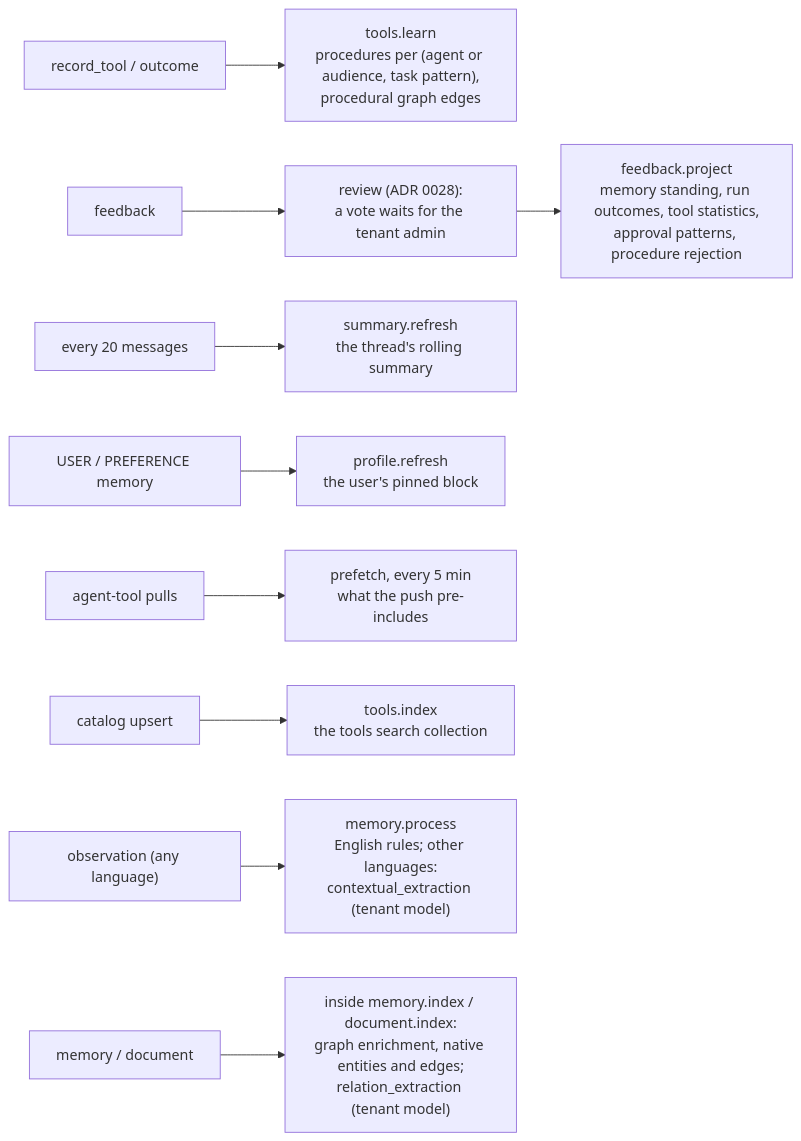
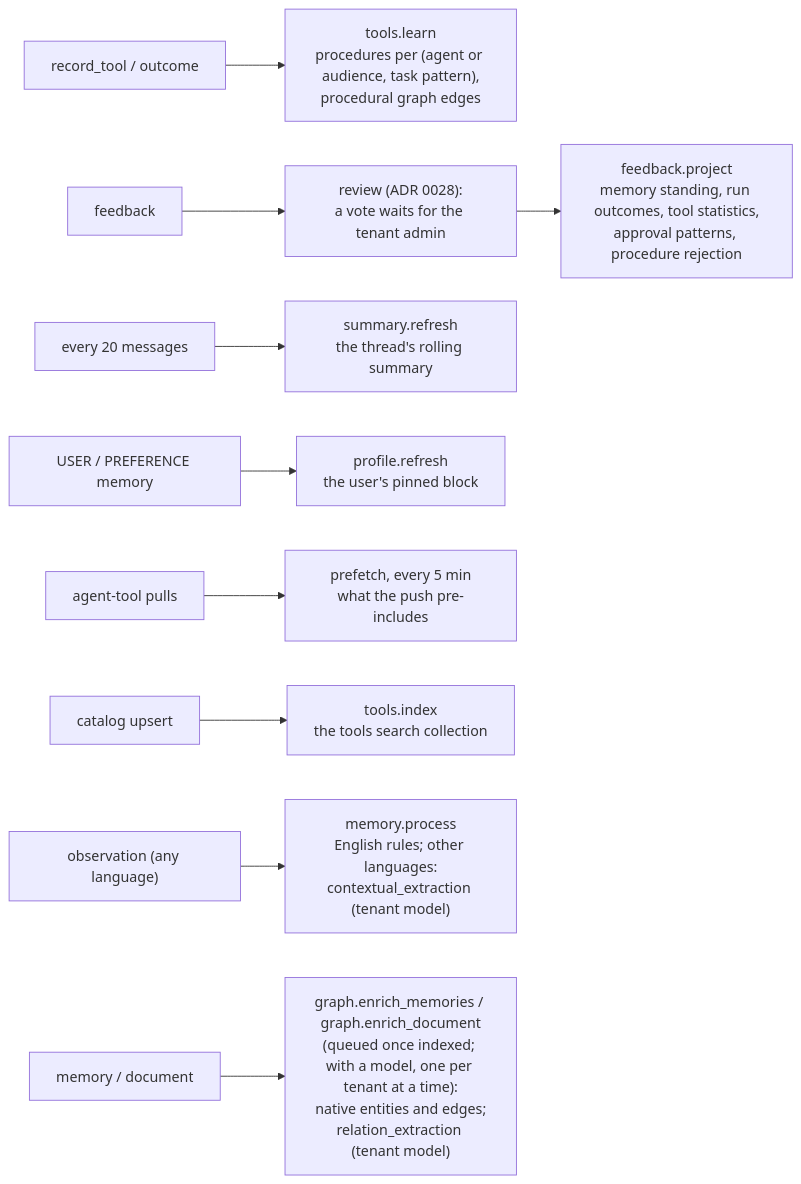
One commit to amitmohapatra/agent-memory-service changed the eighth of 10 diagrams in docs/ARCHITECTURE.md. Above: the diagram before and after it, drawn with Mermaid. The commit also changed 32 other files, not shown here.

````diff
--- a/docs/ARCHITECTURE.md
+++ b/docs/ARCHITECTURE.md
@@ -213,11 +213,11 @@
 ```mermaid
 flowchart LR
   rt["record_tool / outcome"] --> tl["tools.learn<br/>procedures per (agent or audience, task pattern),<br/>procedural graph edges"]
   fb[feedback] --> rv["review (ADR 0028):<br/>a vote waits for the tenant admin"] --> fp["feedback.project<br/>memory standing, run outcomes, tool statistics,<br/>approval patterns, procedure rejection"]
   msg["every 20 messages"] --> sr["summary.refresh<br/>the thread's rolling summary"]
   up["USER / PREFERENCE memory"] --> pr["profile.refresh<br/>the user's pinned block"]
   pulls["agent-tool pulls"] --> pf["prefetch, every 5 min<br/>what the push pre-includes"]
   cat["catalog upsert"] --> ti["tools.index<br/>the tools search collection"]
   obs["observation (any language)"] --> mp["memory.process<br/>English rules; other languages:<br/>contextual_extraction (tenant model)"]
-  md["memory / document"] --> ge["inside memory.index / document.index:<br/>graph enrichment, native entities and edges;<br/>relation_extraction (tenant model)"]
+  md["memory / document"] --> ge["graph.enrich_memories / graph.enrich_document<br/>(queued once indexed; with a model, one per tenant at a time):<br/>native entities and edges;<br/>relation_extraction (tenant model)"]
 ```
````
